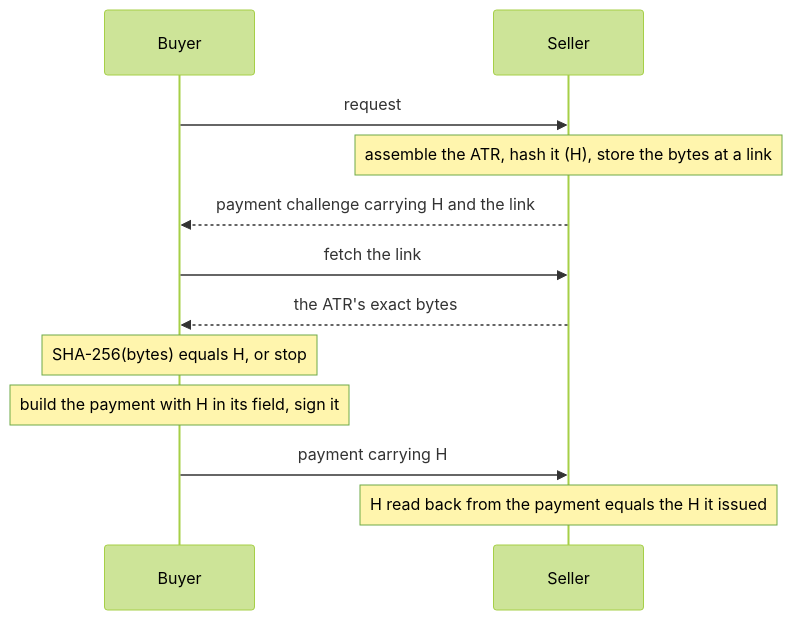
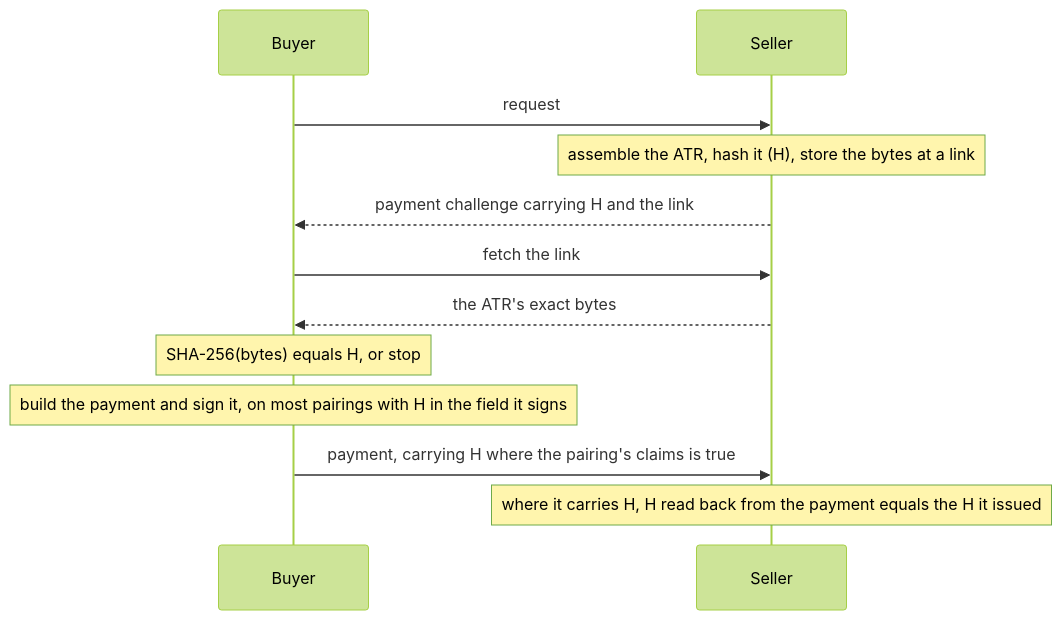
Before and after one commit to IntegraLedger/integra-protocol: the diagram in docs/index.md, drawn with Mermaid (forest theme). The commit also changed 2 other files, not shown here.

Commit message:
docs: the overview diagrams draw H in what the buyer signs on most pairings
The sequence diagrams in the overview, the package README and the buyer
gate page say what the prose beside them says: on most pairings the
buyer signs a payment with H in its field; the payment carries H where
the pairing's claims is true, and only there is H read back from it;
and on most rails status reads H from the settlement.

````diff
--- a/docs/index.md
+++ b/docs/index.md
@@ -20,14 +20,14 @@
 ```mermaid
 sequenceDiagram
   participant B as Buyer
   participant S as Seller
   B->>S: request
   Note over S: assemble the ATR, hash it (H), store the bytes at a link
   S-->>B: payment challenge carrying H and the link
   B->>S: fetch the link
   S-->>B: the ATR's exact bytes
   Note over B: SHA-256(bytes) equals H, or stop
-  Note over B: build the payment with H in its field, sign it
-  B->>S: payment carrying H
-  Note over S: H read back from the payment equals the H it issued
+  Note over B: build the payment and sign it, on most pairings with H in the field it signs
+  B->>S: payment, carrying H where the pairing's claims is true
+  Note over S: where it carries H, H read back from the payment equals the H it issued
 ```
````
